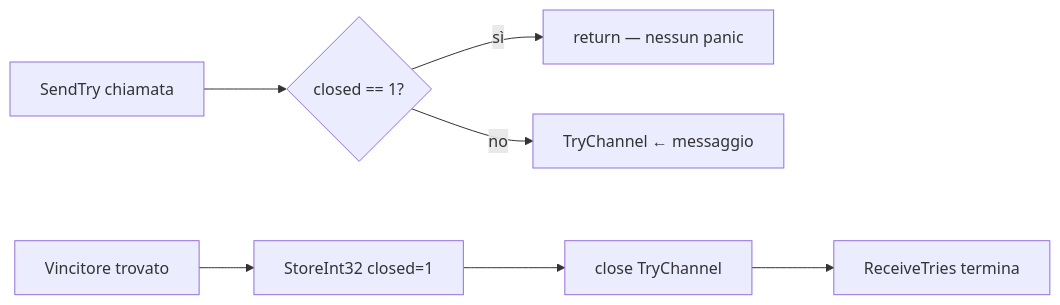
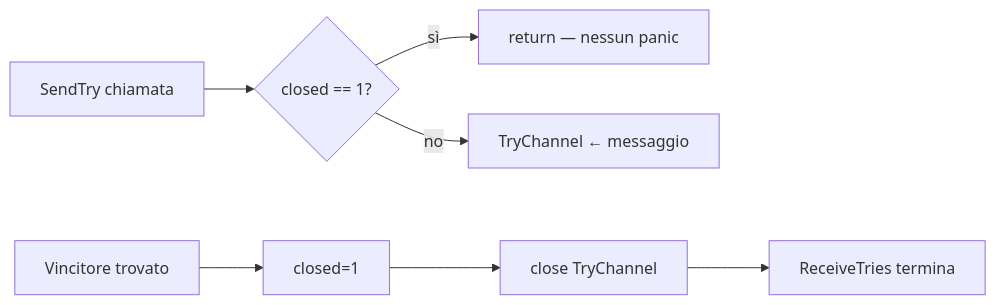
One commit to JBmanu/PCD-03 changed the fourth of 5 diagrams in guess-number/doc/report.md. Above: the diagram before and after it, drawn with Mermaid. The commit also changed other lines of this file and 2 other files, not shown here.

````diff
--- a/guess-number/doc/report.md
+++ b/guess-number/doc/report.md
@@ -136,9 +146,14 @@
 ```mermaid
+---
+config:
+  theme: default
+  layout: dagre
+---
 flowchart LR
     A["SendTry chiamata"] --> B{"closed == 1?"}
     B -->|"sì"| C["return — nessun panic"]
     B -->|"no"| D["TryChannel ← messaggio"]
-    E["Vincitore trovato"] --> F["StoreInt32 closed=1"]
+    E["Vincitore trovato"] --> F["closed=1"]
     F --> G["close TryChannel"]
     G --> H["ReceiveTries termina"]
 ```
````
